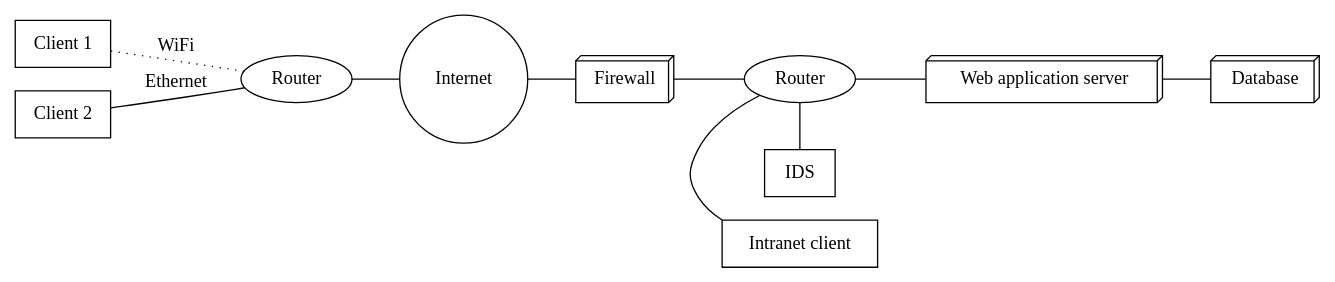
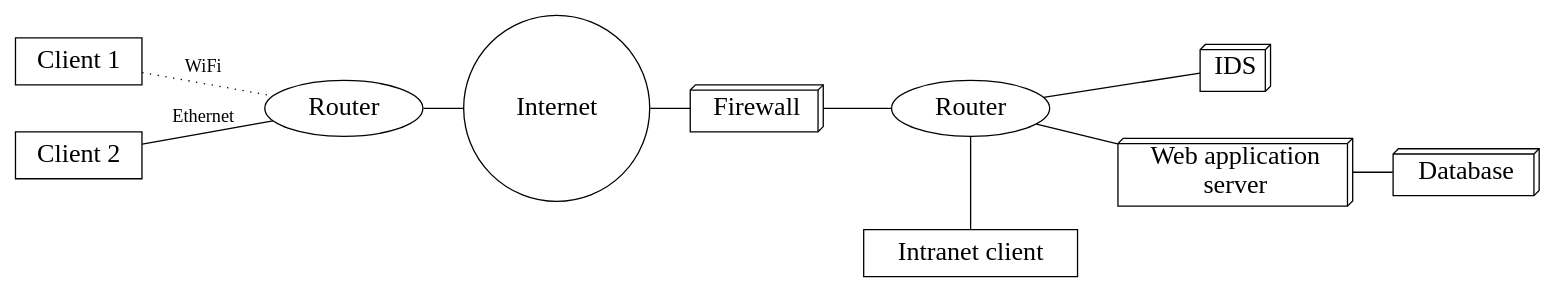
One commit to froland/semisecu changed the diagram in presentation/slides/img/archi-webapplication.dot. Above: the diagram before and after it, drawn with Graphviz. The commit also changed 4 other files, not shown here.

```diff
--- a/presentation/slides/img/archi-webapplication.dot
+++ b/presentation/slides/img/archi-webapplication.dot
@@ -1,26 +1,28 @@
 digraph ArchiWebApp {
 	rankdir = LR
-	node [ shape = none ]
+	ranksep = 0.4
+	nodesep = 0.5
+	node [ shape = none, fontsize = 20 ]
 	edge [ arrowhead = none, arrowtail = none ]
 
 	WebClient1 [ shape = box, label = "Client 1" ]
 	WebClient2 [ shape = box, label = "Client 2" ]
 	RouterLAN [ shape = oval, label = "Router" ]
 	Internet [ shape = circle ]
 	Firewall [ shape = box3d ]
+	IDS [ shape = box3d ]
 	{
 		RouterServer [ shape = oval, label = "Router" ]
 		LocalClient [ shape = box, label = "Intranet client" ]
-		IDS [ shape = box ]
 		rank = same
 	}
-	WebServer [ shape = box3d, label = "Web application server" ]
+	WebServer [ shape = box3d, label = "Web application\nserver" ]
 	Database [ shape = box3d ]
 
 	WebClient1 -> RouterLAN [ label = "WiFi", style = dotted ]
 	WebClient2 -> RouterLAN [ label = "Ethernet" ]
 	RouterServer -> { LocalClient IDS }
 	RouterLAN -> Internet -> Firewall -> RouterServer
 	RouterServer -> WebServer
 	WebServer -> Database
 }
```
